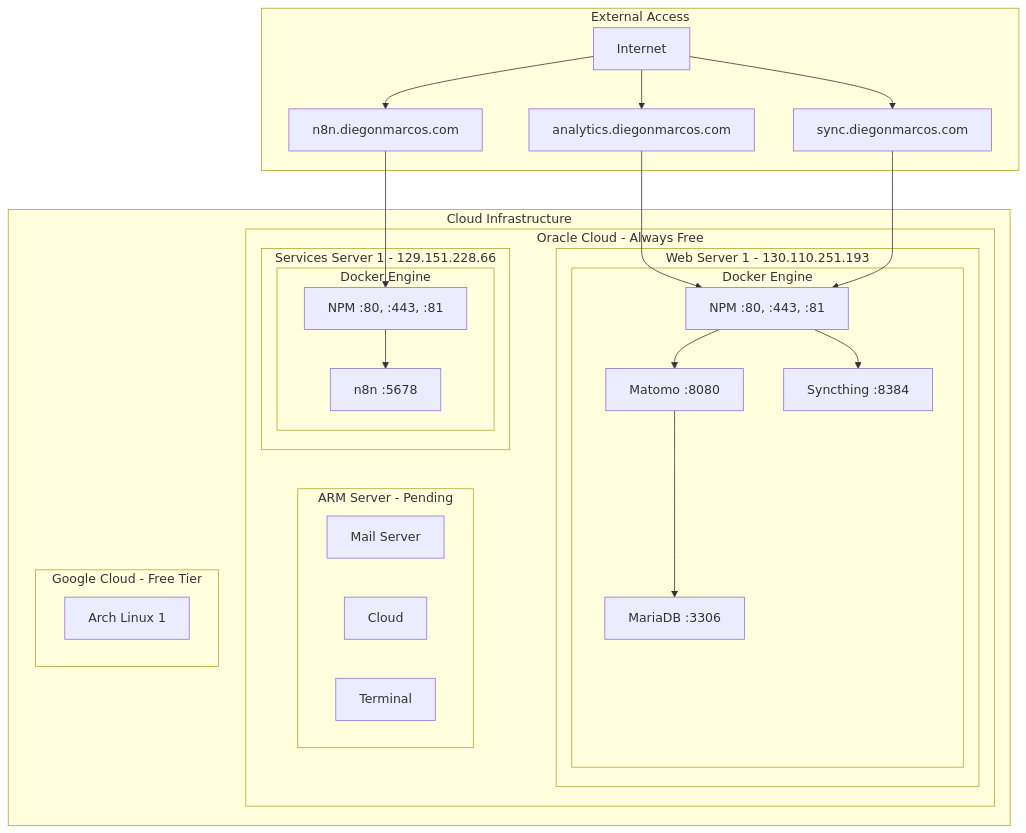
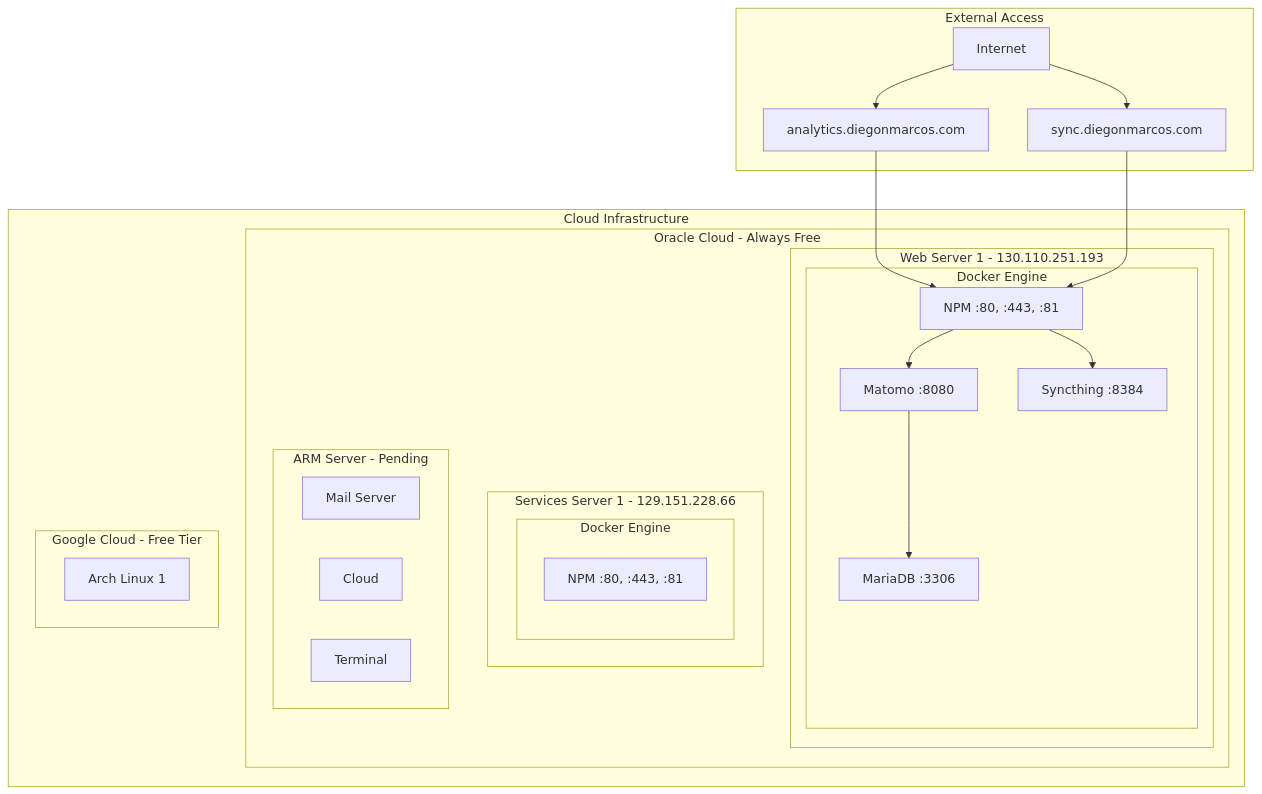
The first of 2 diagrams in cloud/1.ops/Cloud-spec_.md (diegonmarcos/back-System), drawn with Mermaid before and after one commit. The commit also changed other lines of this file and 1 other file, not shown here.

````diff
--- a/cloud/1.ops/Cloud-spec_.md
+++ b/cloud/1.ops/Cloud-spec_.md
@@ -1933,50 +2044,45 @@
 ```mermaid
 graph TD
     subgraph CLOUD["Cloud Infrastructure"]
 
         subgraph ORACLE["Oracle Cloud - Always Free"]
             subgraph WEB["Web Server 1 - 130.110.251.193"]
                 subgraph DOCKER1["Docker Engine"]
                     NGINX1["NPM :80, :443, :81"]
                     MATOMO["Matomo :8080"]
                     MARIADB["MariaDB :3306"]
                     SYNC["Syncthing :8384"]
                 end
             end
             subgraph SVC["Services Server 1 - 129.151.228.66"]
                 subgraph DOCKER2["Docker Engine"]
                     NGINX2["NPM :80, :443, :81"]
-                    N8N["n8n :5678"]
                 end
             end
             subgraph ARM["ARM Server - Pending"]
                 MAIL["Mail Server"]
                 NEXTCLOUD["Cloud"]
                 TERMINAL["Terminal"]
             end
         end
 
         subgraph GCLOUD["Google Cloud - Free Tier"]
             ARCH["Arch Linux 1"]
         end
 
     end
 
     subgraph EXTERNAL["External Access"]
         INTERNET["Internet"]
         ANALYTICS["analytics.diegonmarcos.com"]
         SYNCDOM["sync.diegonmarcos.com"]
-        N8NDOM["n8n.diegonmarcos.com"]
     end
 
     INTERNET --> ANALYTICS
     INTERNET --> SYNCDOM
-    INTERNET --> N8NDOM
     ANALYTICS --> NGINX1
     SYNCDOM --> NGINX1
-    N8NDOM --> NGINX2
     NGINX1 --> MATOMO
     NGINX1 --> SYNC
-    NGINX2 --> N8N
     MATOMO --> MARIADB
 ```
````
